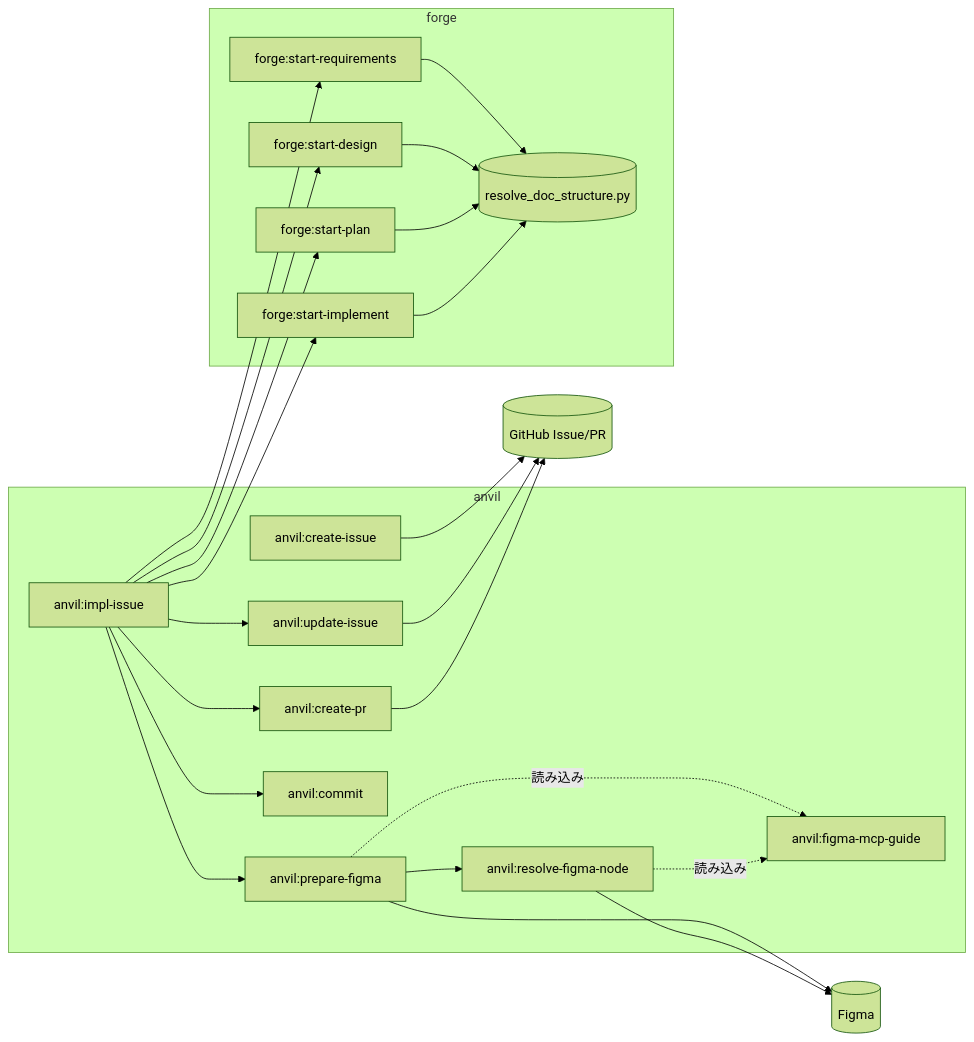
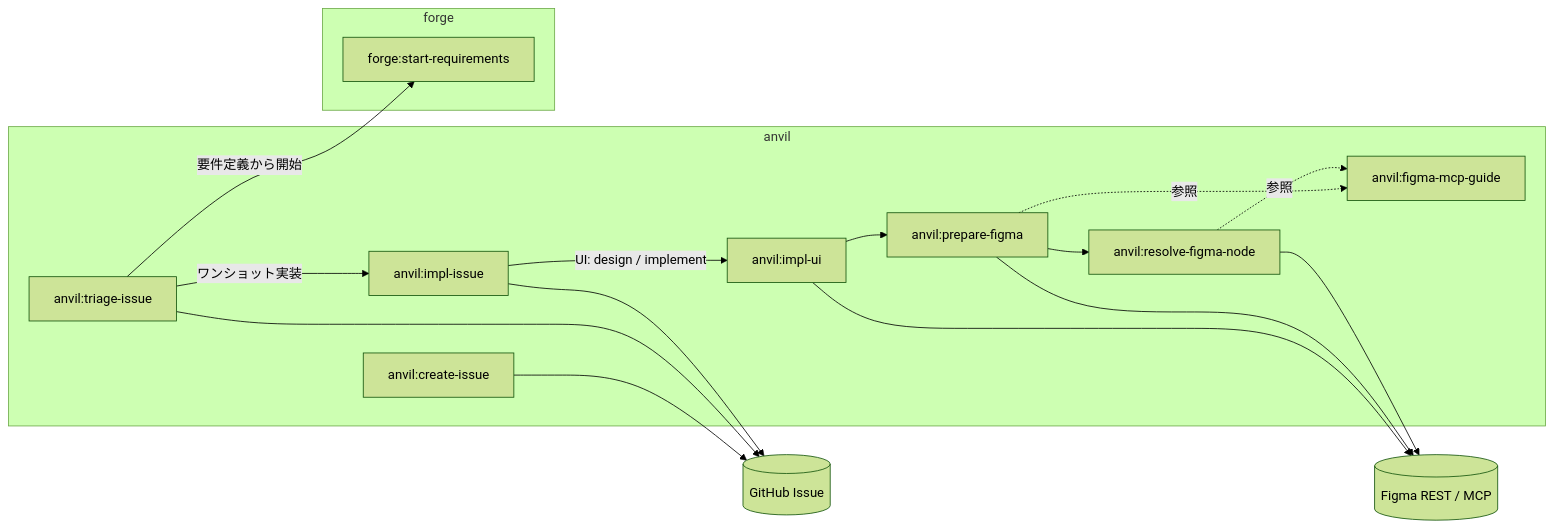
The first of 4 diagrams in docs/specs/anvil/design/DES-025_issue_driven_flow_design.md (BlueEventHorizon/bw-cc-plugins), drawn with Mermaid (forest theme) before and after one commit. The commit also changed other lines of this file and 18 other files, not shown here.

First line of the commit message:
docs(anvil): Issue 起点フローの仕様を REQ-005 / DES-025 に統合して現行実装に揃える

````diff
--- a/docs/specs/anvil/design/DES-025_issue_driven_flow_design.md
+++ b/docs/specs/anvil/design/DES-025_issue_driven_flow_design.md
@@ -13,43 +13,31 @@
 ```mermaid
 flowchart LR
     subgraph anvil
         CI[anvil:create-issue]
+        TI[anvil:triage-issue]
         II[anvil:impl-issue]
-        UI[anvil:update-issue]
+        IU[anvil:impl-ui]
         PF[anvil:prepare-figma]
         RF[anvil:resolve-figma-node]
         FG[anvil:figma-mcp-guide]
-        CM[anvil:commit]
-        PR[anvil:create-pr]
     end
     subgraph forge
         SR[forge:start-requirements]
-        SD[forge:start-design]
-        SP[forge:start-plan]
-        SI[forge:start-implement]
-        DS[(resolve_doc_structure.py)]
     end
-    GH[(GitHub Issue/PR)]
-    FM[(Figma)]
+    GH[(GitHub Issue)]
+    FM[(Figma REST / MCP)]
 
     CI --> GH
-    II --> SR
-    II --> SD
-    II --> SP
-    II --> SI
-    II --> UI
-    II --> PF
-    II --> CM
-    II --> PR
-    UI --> GH
+    TI --> GH
+    TI -->|ワンショット実装| II
+    TI -->|要件定義から開始| SR
+    II --> GH
+    II -->|UI: design / implement| IU
+    IU --> PF
+    IU --> FM
     PF --> RF
     PF --> FM
     RF --> FM
-    PF -.読み込み.-> FG
-    RF -.読み込み.-> FG
-    PR --> GH
-    SR --> DS
-    SD --> DS
-    SP --> DS
-    SI --> DS
+    PF -.参照.-> FG
+    RF -.参照.-> FG
 ```
````
